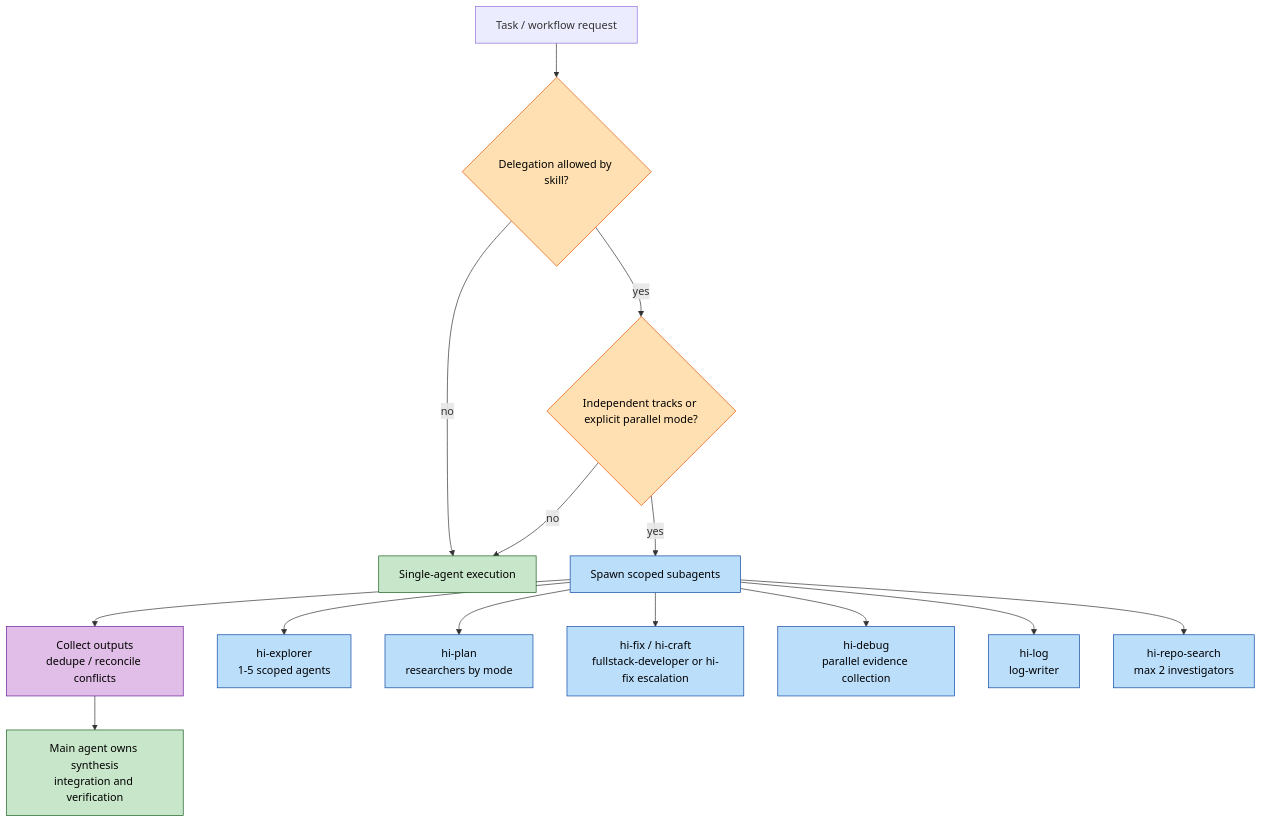
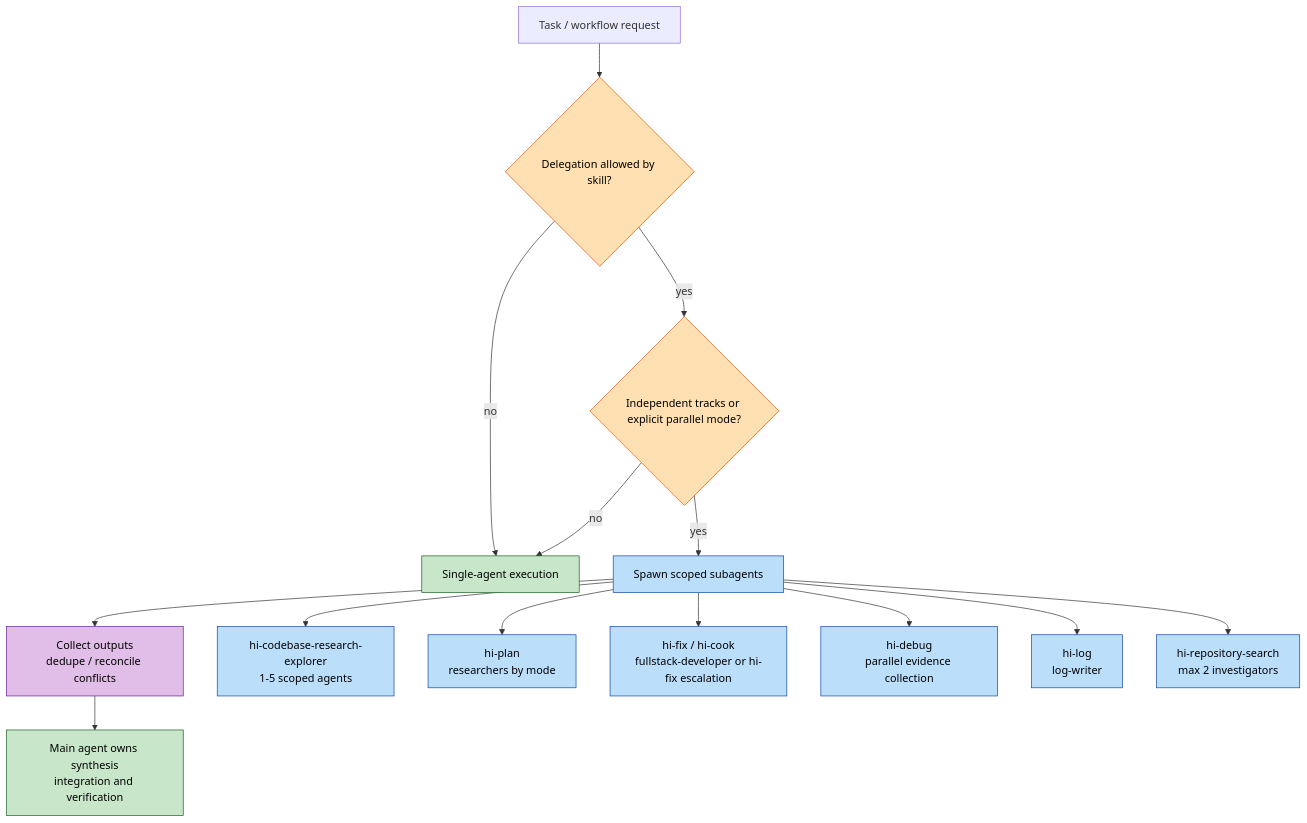
The first of 5 diagrams in README.md (baka3k/dev-kit), drawn with Mermaid before and after one commit. The commit also changed other lines of this file and 27 other files, not shown here.

First line of the commit message:
Add internal explorer and task management documentation; introduce hi-craft and hi-repository-search skills

````diff
--- a/README.md
+++ b/README.md
@@ -308,26 +308,26 @@
 ```mermaid
 graph TD
     A["Task / workflow request"] --> B{"Delegation allowed by skill?"}
     B -->|no| C["Single-agent execution"]
     B -->|yes| D{"Independent tracks or explicit parallel mode?"}
     D -->|no| C
     D -->|yes| E["Spawn scoped subagents"]
     E --> F["Collect outputs<br/>dedupe / reconcile conflicts"]
     F --> G["Main agent owns synthesis<br/>integration and verification"]
 
-    E --> H["hi-explorer<br/>1-5 scoped agents"]
+    E --> H["hi-codebase-research-explorer<br/>1-5 scoped agents"]
     E --> I["hi-plan<br/>researchers by mode"]
-    E --> J["hi-fix / hi-craft<br/>fullstack-developer or hi-fix escalation"]
+    E --> J["hi-fix / hi-cook<br/>fullstack-developer or hi-fix escalation"]
     E --> K["hi-debug<br/>parallel evidence collection"]
     E --> L["hi-log<br/>log-writer"]
-    E --> M["hi-repo-search<br/>max 2 investigators"]
+    E --> M["hi-repository-search<br/>max 2 investigators"]
 
     classDef decision fill:#ffe0b2,stroke:#e65100,color:#000
     classDef primary fill:#c8e6c9,stroke:#1b5e20,color:#000
     classDef delegated fill:#bbdefb,stroke:#0d47a1,color:#000
     classDef synthesis fill:#e1bee7,stroke:#6a1b9a,color:#000
     class B,D decision
     class C,G primary
     class E,H,I,J,K,L,M delegated
     class F synthesis
 ```
````
